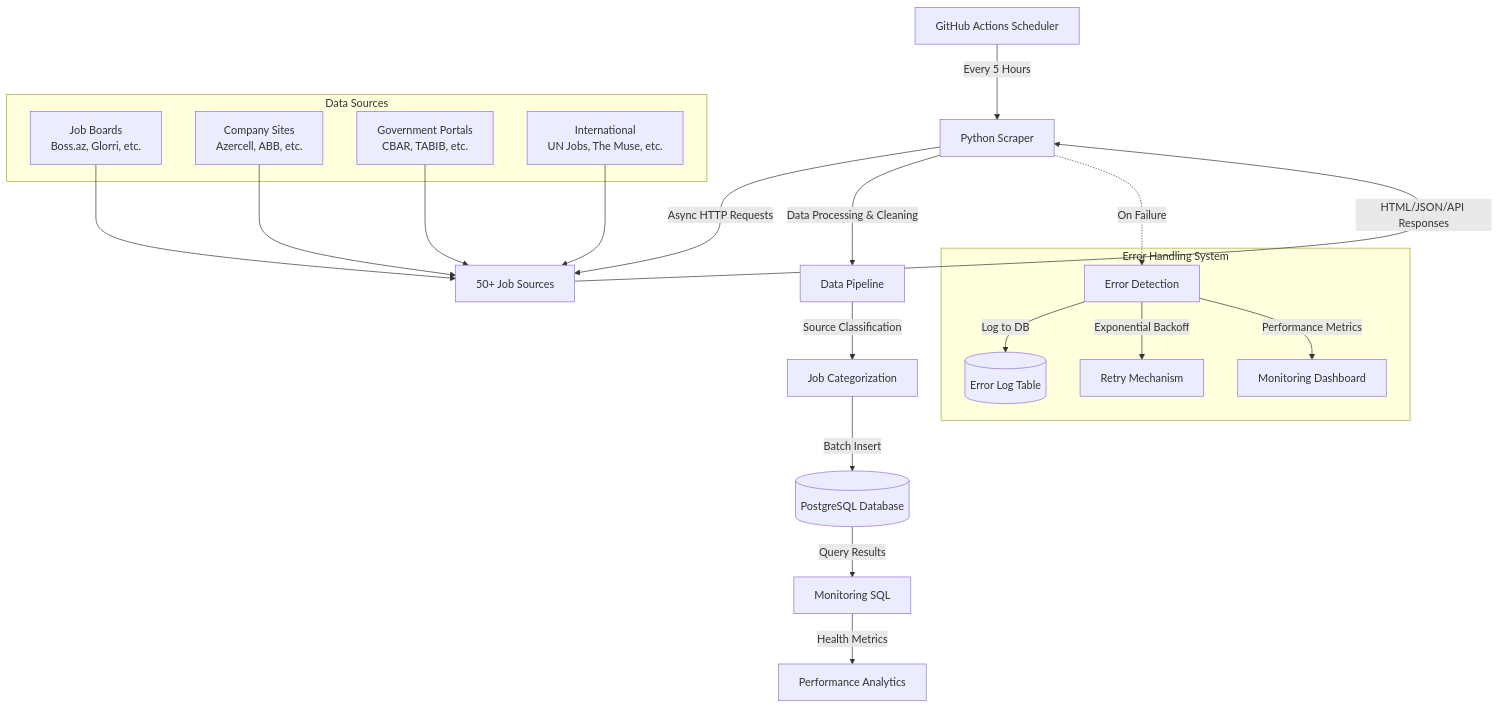
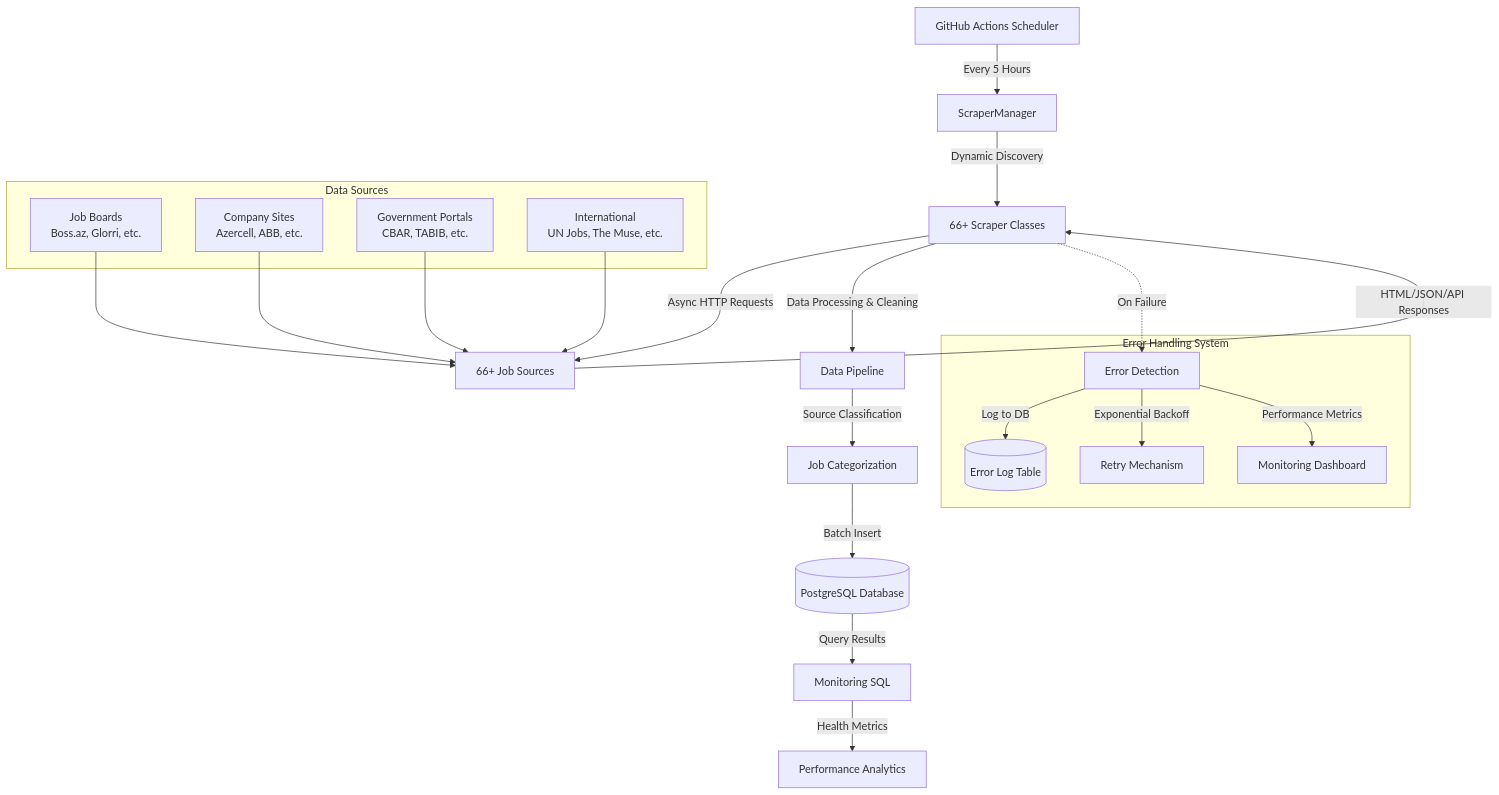
One commit to scraper-bots/knowledge-share changed the diagram in README.md. Above: the diagram before and after it, drawn with Mermaid. The commit also changed other lines of this file, not shown here.

````diff
--- a/README.md
+++ b/README.md
@@ -21,31 +23,32 @@
 ```mermaid
 graph TD
-    A[GitHub Actions Scheduler] -->|Every 5 Hours| B[Python Scraper]
-    B -->|Async HTTP Requests| C[50+ Job Sources]
-    C -->|HTML/JSON/API Responses| B
-    B -->|Data Processing & Cleaning| D[Data Pipeline]
+    A[GitHub Actions Scheduler] -->|Every 5 Hours| B[ScraperManager]
+    B -->|Dynamic Discovery| B1[66+ Scraper Classes]
+    B1 -->|Async HTTP Requests| C[66+ Job Sources]
+    C -->|HTML/JSON/API Responses| B1
+    B1 -->|Data Processing & Cleaning| D[Data Pipeline]
     D -->|Source Classification| E[Job Categorization]
     E -->|Batch Insert| F[(PostgreSQL Database)]
     
     subgraph "Error Handling System"
         G[Error Detection] -->|Log to DB| H[(Error Log Table)]
         G -->|Exponential Backoff| I[Retry Mechanism]
         G -->|Performance Metrics| J[Monitoring Dashboard]
     end
     
-    B -.->|On Failure| G
+    B1 -.->|On Failure| G
     F -->|Query Results| K[Monitoring SQL]
     K -->|Health Metrics| L[Performance Analytics]
     
     subgraph "Data Sources"
         M[Job Boards<br/>Boss.az, Glorri, etc.]
         N[Company Sites<br/>Azercell, ABB, etc.]
         O[Government Portals<br/>CBAR, TABIB, etc.]
         P[International<br/>UN Jobs, The Muse, etc.]
     end
     
     M --> C
     N --> C
     O --> C
     P --> C
 ```
````
